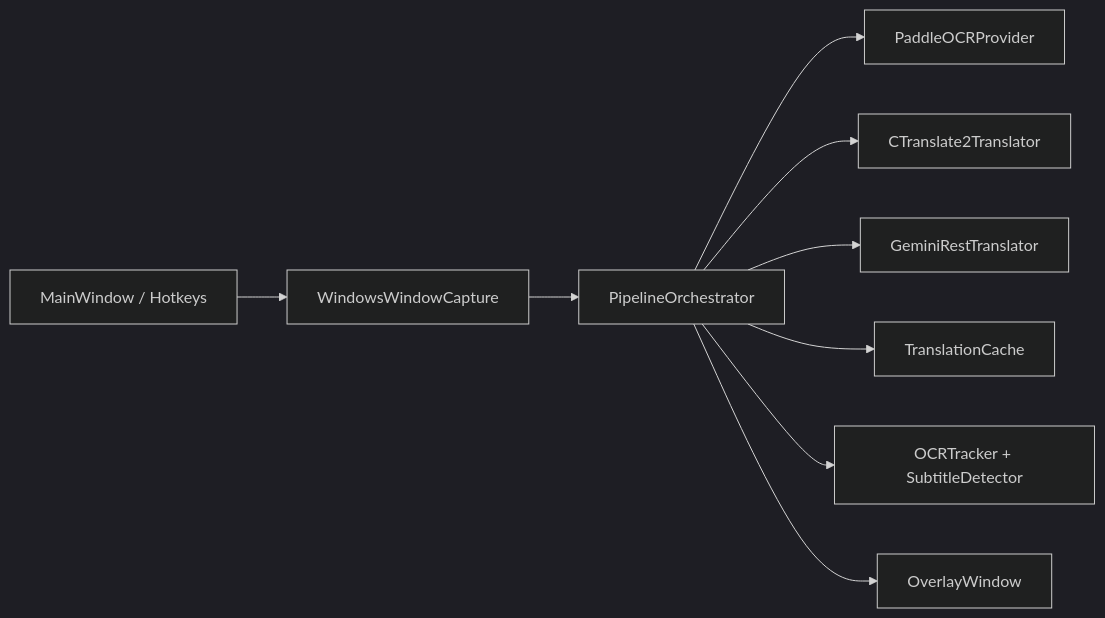
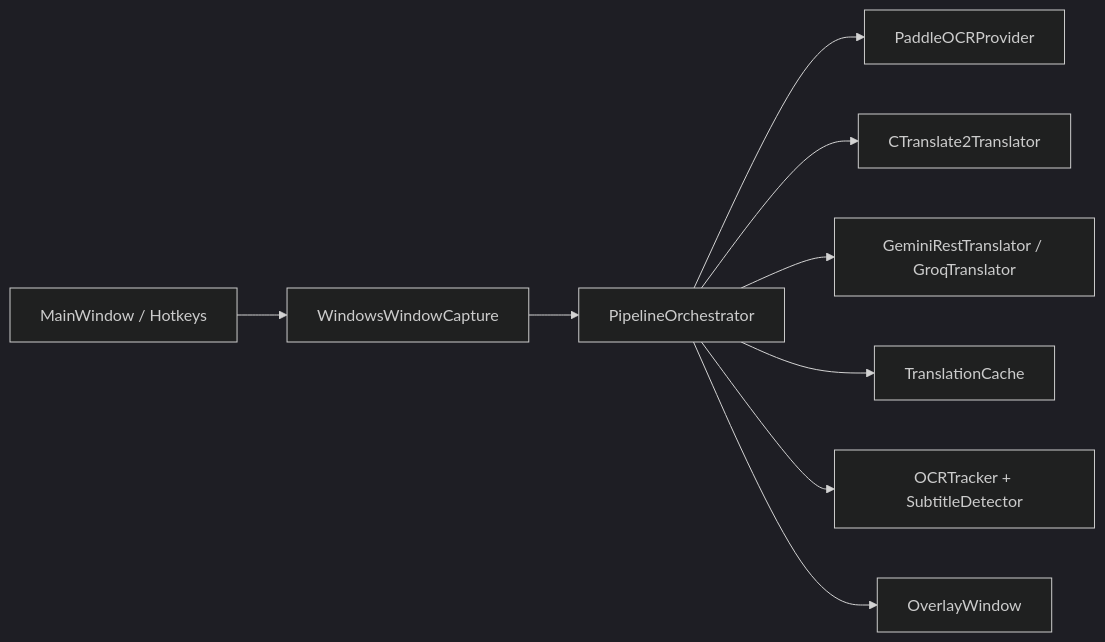
One commit to phucnd0604/Auto-trans changed the diagram in docs/architecture.md. Above: the diagram before and after it, drawn with Mermaid (dark theme). The commit also changed other lines of this file and 17 other files, not shown here.

Commit message:
Add Groq deep-mode translator and benchmark coverage

````diff
--- a/docs/architecture.md
+++ b/docs/architecture.md
@@ -122,11 +122,11 @@
 ```mermaid
 flowchart LR
     A["MainWindow / Hotkeys"] --> B["WindowsWindowCapture"]
     B --> C["PipelineOrchestrator"]
     C --> D["PaddleOCRProvider"]
     C --> E["CTranslate2Translator"]
-    C --> F["GeminiRestTranslator"]
+    C --> F["GeminiRestTranslator / GroqTranslator"]
     C --> G["TranslationCache"]
     C --> H["OCRTracker + SubtitleDetector"]
     C --> I["OverlayWindow"]
 ```
````
